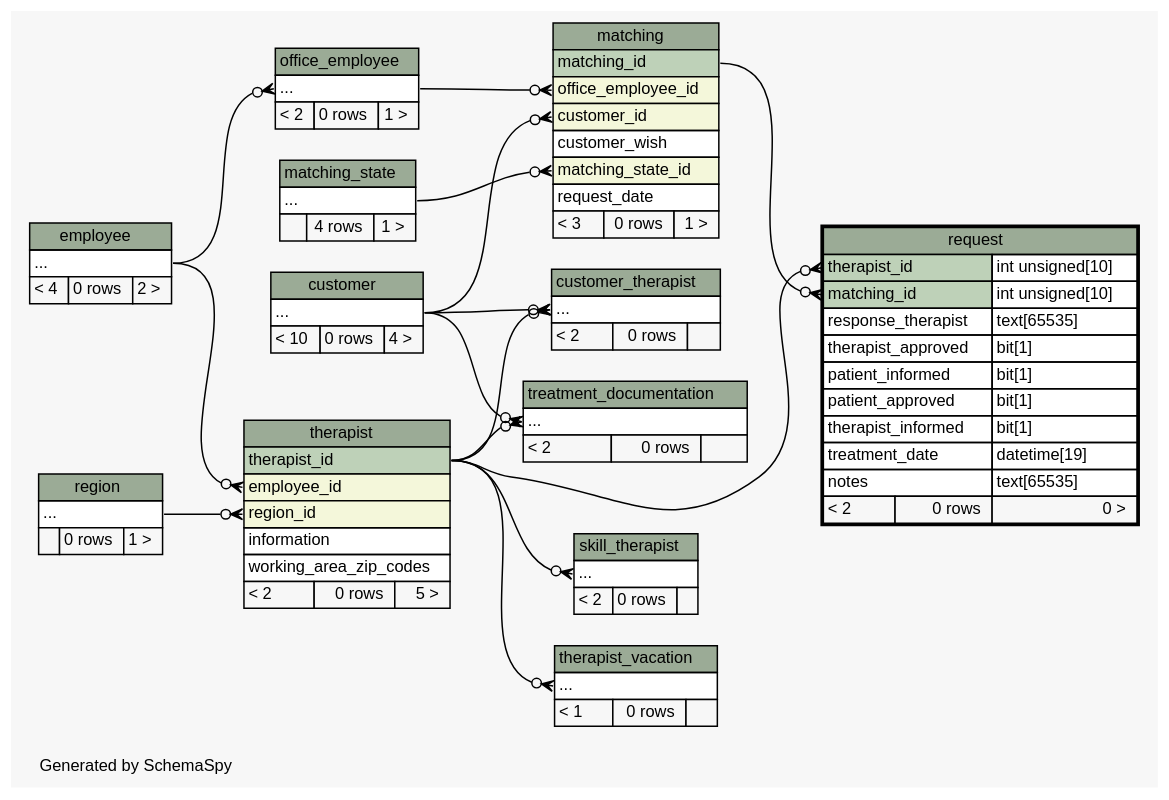
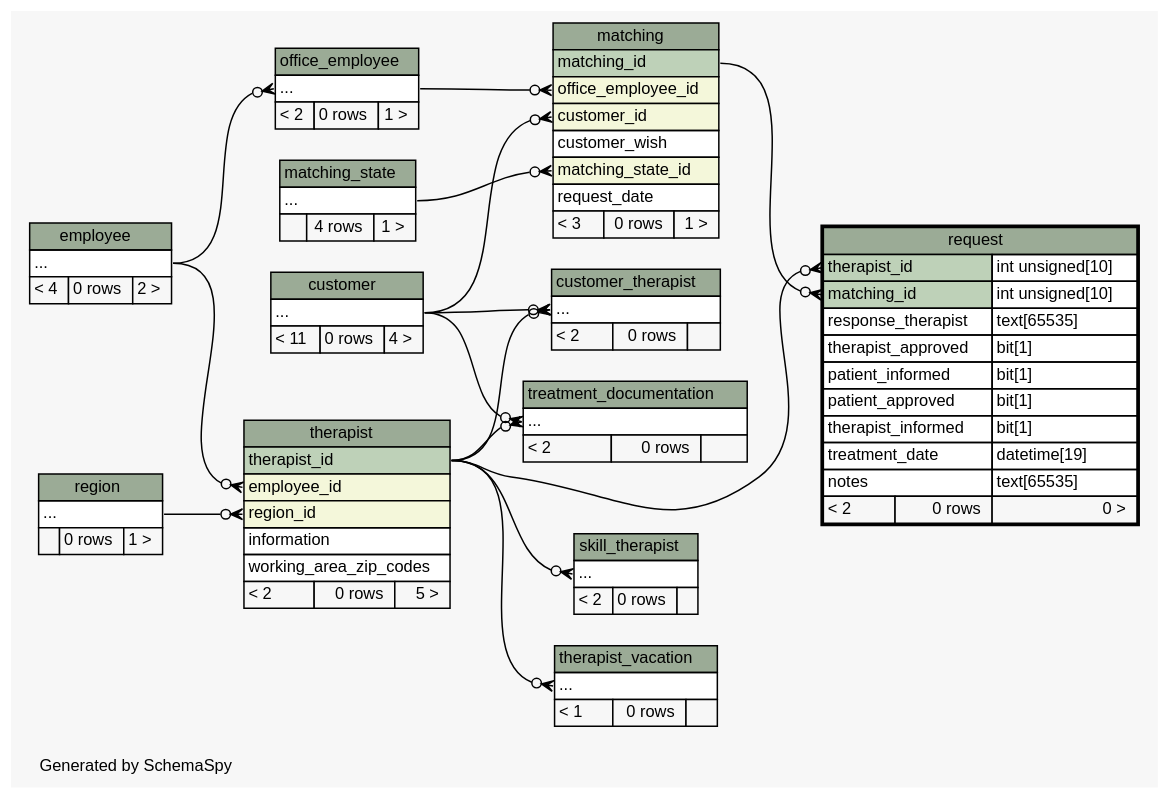
One commit to KaiBMP/KaiBMP.github.io changed the diagram in diagrams/request.2degrees.dot. Above: the diagram before and after it, drawn with Graphviz. The commit also changed 150 other files, not shown here.

Commit message:
schemaspy update

```diff
--- a/diagrams/request.2degrees.dot
+++ b/diagrams/request.2degrees.dot
@@ -1,173 +1,173 @@
 // dot 2.40.1 on Linux 5.3.0-28-generic
 // SchemaSpy rev 590
 digraph "twoDegreesRelationshipsDiagram" {
   graph [
     rankdir="RL"
     bgcolor="#f7f7f7"
     label="\nGenerated by SchemaSpy"
     labeljust="l"
     nodesep="0.18"
     ranksep="0.46"
     fontname="Helvetica"
     fontsize="11"
   ];
   node [
     fontname="Helvetica"
     fontsize="11"
     shape="plaintext"
   ];
   edge [
     arrowsize="0.8"
   ];
   "customer_therapist":"elipses":w -> "customer":"elipses":e [arrowhead=none dir=back arrowtail=crowodot];
   "customer_therapist":"elipses":w -> "therapist":"therapist_id":e [arrowhead=none dir=back arrowtail=crowodot];
   "matching":"customer_id":w -> "customer":"elipses":e [arrowhead=none dir=back arrowtail=crowodot];
   "matching":"matching_state_id":w -> "matching_state":"elipses":e [arrowhead=none dir=back arrowtail=crowodot];
   "matching":"office_employee_id":w -> "office_employee":"elipses":e [arrowhead=none dir=back arrowtail=crowodot];
   "office_employee":"elipses":w -> "employee":"elipses":e [arrowhead=none dir=back arrowtail=crowodot];
   "request":"matching_id":w -> "matching":"matching_id":e [arrowhead=none dir=back arrowtail=crowodot];
   "request":"therapist_id":w -> "therapist":"therapist_id":e [arrowhead=none dir=back arrowtail=crowodot];
   "skill_therapist":"elipses":w -> "therapist":"therapist_id":e [arrowhead=none dir=back arrowtail=crowodot];
   "therapist":"employee_id":w -> "employee":"elipses":e [arrowhead=none dir=back arrowtail=crowodot];
   "therapist":"region_id":w -> "region":"elipses":e [arrowhead=none dir=back arrowtail=crowodot];
   "therapist_vacation":"elipses":w -> "therapist":"therapist_id":e [arrowhead=none dir=back arrowtail=crowodot];
   "treatment_documentation":"elipses":w -> "customer":"elipses":e [arrowhead=none dir=back arrowtail=crowodot];
   "treatment_documentation":"elipses":w -> "therapist":"therapist_id":e [arrowhead=none dir=back arrowtail=crowodot];
   "customer" [
     label=<
     <TABLE BORDER="0" CELLBORDER="1" CELLSPACING="0" BGCOLOR="#ffffff">
       <TR><TD COLSPAN="3" BGCOLOR="#9bab96" ALIGN="CENTER">customer</TD></TR>
       <TR><TD PORT="elipses" COLSPAN="3" ALIGN="LEFT">...</TD></TR>
-      <TR><TD ALIGN="LEFT" BGCOLOR="#f7f7f7">&lt; 10</TD><TD ALIGN="RIGHT" BGCOLOR="#f7f7f7">0 rows</TD><TD ALIGN="RIGHT" BGCOLOR="#f7f7f7">4 &gt;</TD></TR>
+      <TR><TD ALIGN="LEFT" BGCOLOR="#f7f7f7">&lt; 11</TD><TD ALIGN="RIGHT" BGCOLOR="#f7f7f7">0 rows</TD><TD ALIGN="RIGHT" BGCOLOR="#f7f7f7">4 &gt;</TD></TR>
     </TABLE>>
     URL="customer.html"
     tooltip="customer"
   ];
   "customer_therapist" [
     label=<
     <TABLE BORDER="0" CELLBORDER="1" CELLSPACING="0" BGCOLOR="#ffffff">
       <TR><TD COLSPAN="3" BGCOLOR="#9bab96" ALIGN="CENTER">customer_therapist</TD></TR>
       <TR><TD PORT="elipses" COLSPAN="3" ALIGN="LEFT">...</TD></TR>
       <TR><TD ALIGN="LEFT" BGCOLOR="#f7f7f7">&lt; 2</TD><TD ALIGN="RIGHT" BGCOLOR="#f7f7f7">0 rows</TD><TD ALIGN="RIGHT" BGCOLOR="#f7f7f7">  </TD></TR>
     </TABLE>>
     URL="customer_therapist.html"
     tooltip="customer_therapist"
   ];
   "employee" [
     label=<
     <TABLE BORDER="0" CELLBORDER="1" CELLSPACING="0" BGCOLOR="#ffffff">
       <TR><TD COLSPAN="3" BGCOLOR="#9bab96" ALIGN="CENTER">employee</TD></TR>
       <TR><TD PORT="elipses" COLSPAN="3" ALIGN="LEFT">...</TD></TR>
       <TR><TD ALIGN="LEFT" BGCOLOR="#f7f7f7">&lt; 4</TD><TD ALIGN="RIGHT" BGCOLOR="#f7f7f7">0 rows</TD><TD ALIGN="RIGHT" BGCOLOR="#f7f7f7">2 &gt;</TD></TR>
     </TABLE>>
     URL="employee.html"
     tooltip="employee"
   ];
   "matching" [
     label=<
     <TABLE BORDER="0" CELLBORDER="1" CELLSPACING="0" BGCOLOR="#ffffff">
       <TR><TD COLSPAN="3" BGCOLOR="#9bab96" ALIGN="CENTER">matching</TD></TR>
       <TR><TD PORT="matching_id" COLSPAN="3" BGCOLOR="#bed1b8" ALIGN="LEFT">matching_id</TD></TR>
       <TR><TD PORT="office_employee_id" COLSPAN="3" BGCOLOR="#f4f7da" ALIGN="LEFT">office_employee_id</TD></TR>
       <TR><TD PORT="customer_id" COLSPAN="3" BGCOLOR="#f4f7da" ALIGN="LEFT">customer_id</TD></TR>
       <TR><TD PORT="customer_wish" COLSPAN="3" ALIGN="LEFT">customer_wish</TD></TR>
       <TR><TD PORT="matching_state_id" COLSPAN="3" BGCOLOR="#f4f7da" ALIGN="LEFT">matching_state_id</TD></TR>
       <TR><TD PORT="request_date" COLSPAN="3" ALIGN="LEFT">request_date</TD></TR>
       <TR><TD ALIGN="LEFT" BGCOLOR="#f7f7f7">&lt; 3</TD><TD ALIGN="RIGHT" BGCOLOR="#f7f7f7">0 rows</TD><TD ALIGN="RIGHT" BGCOLOR="#f7f7f7">1 &gt;</TD></TR>
     </TABLE>>
     URL="matching.html"
     tooltip="matching"
   ];
   "matching_state" [
     label=<
     <TABLE BORDER="0" CELLBORDER="1" CELLSPACING="0" BGCOLOR="#ffffff">
       <TR><TD COLSPAN="3" BGCOLOR="#9bab96" ALIGN="CENTER">matching_state</TD></TR>
       <TR><TD PORT="elipses" COLSPAN="3" ALIGN="LEFT">...</TD></TR>
       <TR><TD ALIGN="LEFT" BGCOLOR="#f7f7f7">  </TD><TD ALIGN="RIGHT" BGCOLOR="#f7f7f7">4 rows</TD><TD ALIGN="RIGHT" BGCOLOR="#f7f7f7">1 &gt;</TD></TR>
     </TABLE>>
     URL="matching_state.html"
     tooltip="matching_state"
   ];
   "office_employee" [
     label=<
     <TABLE BORDER="0" CELLBORDER="1" CELLSPACING="0" BGCOLOR="#ffffff">
       <TR><TD COLSPAN="3" BGCOLOR="#9bab96" ALIGN="CENTER">office_employee</TD></TR>
       <TR><TD PORT="elipses" COLSPAN="3" ALIGN="LEFT">...</TD></TR>
       <TR><TD ALIGN="LEFT" BGCOLOR="#f7f7f7">&lt; 2</TD><TD ALIGN="RIGHT" BGCOLOR="#f7f7f7">0 rows</TD><TD ALIGN="RIGHT" BGCOLOR="#f7f7f7">1 &gt;</TD></TR>
     </TABLE>>
     URL="office_employee.html"
     tooltip="office_employee"
   ];
   "region" [
     label=<
     <TABLE BORDER="0" CELLBORDER="1" CELLSPACING="0" BGCOLOR="#ffffff">
       <TR><TD COLSPAN="3" BGCOLOR="#9bab96" ALIGN="CENTER">region</TD></TR>
       <TR><TD PORT="elipses" COLSPAN="3" ALIGN="LEFT">...</TD></TR>
       <TR><TD ALIGN="LEFT" BGCOLOR="#f7f7f7">  </TD><TD ALIGN="RIGHT" BGCOLOR="#f7f7f7">0 rows</TD><TD ALIGN="RIGHT" BGCOLOR="#f7f7f7">1 &gt;</TD></TR>
     </TABLE>>
     URL="region.html"
     tooltip="region"
   ];
   "request" [
     label=<
     <TABLE BORDER="2" CELLBORDER="1" CELLSPACING="0" BGCOLOR="#ffffff">
       <TR><TD COLSPAN="3" BGCOLOR="#9bab96" ALIGN="CENTER">request</TD></TR>
       <TR><TD PORT="therapist_id" COLSPAN="2" BGCOLOR="#bed1b8" ALIGN="LEFT">therapist_id</TD><TD PORT="therapist_id.type" ALIGN="LEFT">int unsigned[10]</TD></TR>
       <TR><TD PORT="matching_id" COLSPAN="2" BGCOLOR="#bed1b8" ALIGN="LEFT">matching_id</TD><TD PORT="matching_id.type" ALIGN="LEFT">int unsigned[10]</TD></TR>
       <TR><TD PORT="response_therapist" COLSPAN="2" ALIGN="LEFT">response_therapist</TD><TD PORT="response_therapist.type" ALIGN="LEFT">text[65535]</TD></TR>
       <TR><TD PORT="therapist_approved" COLSPAN="2" ALIGN="LEFT">therapist_approved</TD><TD PORT="therapist_approved.type" ALIGN="LEFT">bit[1]</TD></TR>
       <TR><TD PORT="patient_informed" COLSPAN="2" ALIGN="LEFT">patient_informed</TD><TD PORT="patient_informed.type" ALIGN="LEFT">bit[1]</TD></TR>
       <TR><TD PORT="patient_approved" COLSPAN="2" ALIGN="LEFT">patient_approved</TD><TD PORT="patient_approved.type" ALIGN="LEFT">bit[1]</TD></TR>
       <TR><TD PORT="therapist_informed" COLSPAN="2" ALIGN="LEFT">therapist_informed</TD><TD PORT="therapist_informed.type" ALIGN="LEFT">bit[1]</TD></TR>
       <TR><TD PORT="treatment_date" COLSPAN="2" ALIGN="LEFT">treatment_date</TD><TD PORT="treatment_date.type" ALIGN="LEFT">datetime[19]</TD></TR>
       <TR><TD PORT="notes" COLSPAN="2" ALIGN="LEFT">notes</TD><TD PORT="notes.type" ALIGN="LEFT">text[65535]</TD></TR>
       <TR><TD ALIGN="LEFT" BGCOLOR="#f7f7f7">&lt; 2</TD><TD ALIGN="RIGHT" BGCOLOR="#f7f7f7">0 rows</TD><TD ALIGN="RIGHT" BGCOLOR="#f7f7f7">0 &gt;</TD></TR>
     </TABLE>>
     URL="request.html"
     tooltip="request"
   ];
   "skill_therapist" [
     label=<
     <TABLE BORDER="0" CELLBORDER="1" CELLSPACING="0" BGCOLOR="#ffffff">
       <TR><TD COLSPAN="3" BGCOLOR="#9bab96" ALIGN="CENTER">skill_therapist</TD></TR>
       <TR><TD PORT="elipses" COLSPAN="3" ALIGN="LEFT">...</TD></TR>
       <TR><TD ALIGN="LEFT" BGCOLOR="#f7f7f7">&lt; 2</TD><TD ALIGN="RIGHT" BGCOLOR="#f7f7f7">0 rows</TD><TD ALIGN="RIGHT" BGCOLOR="#f7f7f7">  </TD></TR>
     </TABLE>>
     URL="skill_therapist.html"
     tooltip="skill_therapist"
   ];
   "therapist" [
     label=<
     <TABLE BORDER="0" CELLBORDER="1" CELLSPACING="0" BGCOLOR="#ffffff">
       <TR><TD COLSPAN="3" BGCOLOR="#9bab96" ALIGN="CENTER">therapist</TD></TR>
       <TR><TD PORT="therapist_id" COLSPAN="3" BGCOLOR="#bed1b8" ALIGN="LEFT">therapist_id</TD></TR>
       <TR><TD PORT="employee_id" COLSPAN="3" BGCOLOR="#f4f7da" ALIGN="LEFT">employee_id</TD></TR>
       <TR><TD PORT="region_id" COLSPAN="3" BGCOLOR="#f4f7da" ALIGN="LEFT">region_id</TD></TR>
       <TR><TD PORT="information" COLSPAN="3" ALIGN="LEFT">information</TD></TR>
       <TR><TD PORT="working_area_zip_codes" COLSPAN="3" ALIGN="LEFT">working_area_zip_codes</TD></TR>
       <TR><TD ALIGN="LEFT" BGCOLOR="#f7f7f7">&lt; 2</TD><TD ALIGN="RIGHT" BGCOLOR="#f7f7f7">0 rows</TD><TD ALIGN="RIGHT" BGCOLOR="#f7f7f7">5 &gt;</TD></TR>
     </TABLE>>
     URL="therapist.html"
     tooltip="therapist"
   ];
   "therapist_vacation" [
     label=<
     <TABLE BORDER="0" CELLBORDER="1" CELLSPACING="0" BGCOLOR="#ffffff">
       <TR><TD COLSPAN="3" BGCOLOR="#9bab96" ALIGN="CENTER">therapist_vacation</TD></TR>
       <TR><TD PORT="elipses" COLSPAN="3" ALIGN="LEFT">...</TD></TR>
       <TR><TD ALIGN="LEFT" BGCOLOR="#f7f7f7">&lt; 1</TD><TD ALIGN="RIGHT" BGCOLOR="#f7f7f7">0 rows</TD><TD ALIGN="RIGHT" BGCOLOR="#f7f7f7">  </TD></TR>
     </TABLE>>
     URL="therapist_vacation.html"
     tooltip="therapist_vacation"
   ];
   "treatment_documentation" [
     label=<
     <TABLE BORDER="0" CELLBORDER="1" CELLSPACING="0" BGCOLOR="#ffffff">
       <TR><TD COLSPAN="3" BGCOLOR="#9bab96" ALIGN="CENTER">treatment_documentation</TD></TR>
       <TR><TD PORT="elipses" COLSPAN="3" ALIGN="LEFT">...</TD></TR>
       <TR><TD ALIGN="LEFT" BGCOLOR="#f7f7f7">&lt; 2</TD><TD ALIGN="RIGHT" BGCOLOR="#f7f7f7">0 rows</TD><TD ALIGN="RIGHT" BGCOLOR="#f7f7f7">  </TD></TR>
     </TABLE>>
     URL="treatment_documentation.html"
     tooltip="treatment_documentation"
   ];
 }
```
